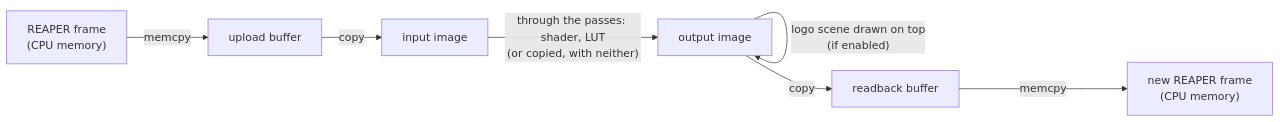
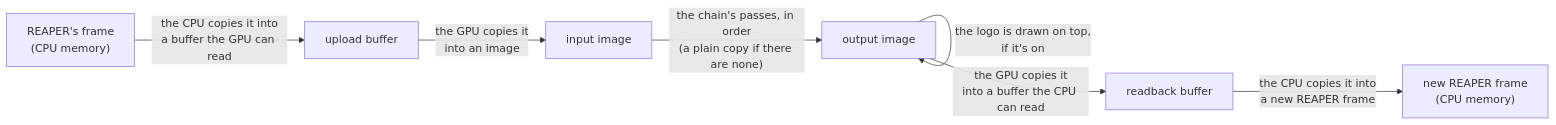
The first of 6 diagrams in doc/rendering.md (emanuelemessina/ReaShader), drawn with Mermaid before and after one commit. The commit also changed other lines of this file and 4 other files, not shown here.

````diff
--- a/doc/rendering.md
+++ b/doc/rendering.md
@@ -23,9 +23,9 @@
 ```mermaid
 flowchart LR
-    A["REAPER frame<br/>(CPU memory)"] -->|memcpy| B["upload buffer"]
-    B -->|copy| C["input image"]
-    C -->|"through the passes: shader, LUT<br/>(or copied, with neither)"| D["output image"]
-    D -->|"logo scene drawn on top<br/>(if enabled)"| D
-    D -->|copy| E["readback buffer"]
-    E -->|memcpy| F["new REAPER frame<br/>(CPU memory)"]
+    A["REAPER's frame<br/>(CPU memory)"] -->|"the CPU copies it into<br/>a buffer the GPU can read"| B["upload buffer"]
+    B -->|"the GPU copies it<br/>into an image"| C["input image"]
+    C -->|"the chain's passes, in order<br/>(a plain copy if there are none)"| D["output image"]
+    D -->|"the logo is drawn on top,<br/>if it's on"| D
+    D -->|"the GPU copies it<br/>into a buffer the CPU can read"| E["readback buffer"]
+    E -->|"the CPU copies it into<br/>a new REAPER frame"| F["new REAPER frame<br/>(CPU memory)"]
 ```
````
